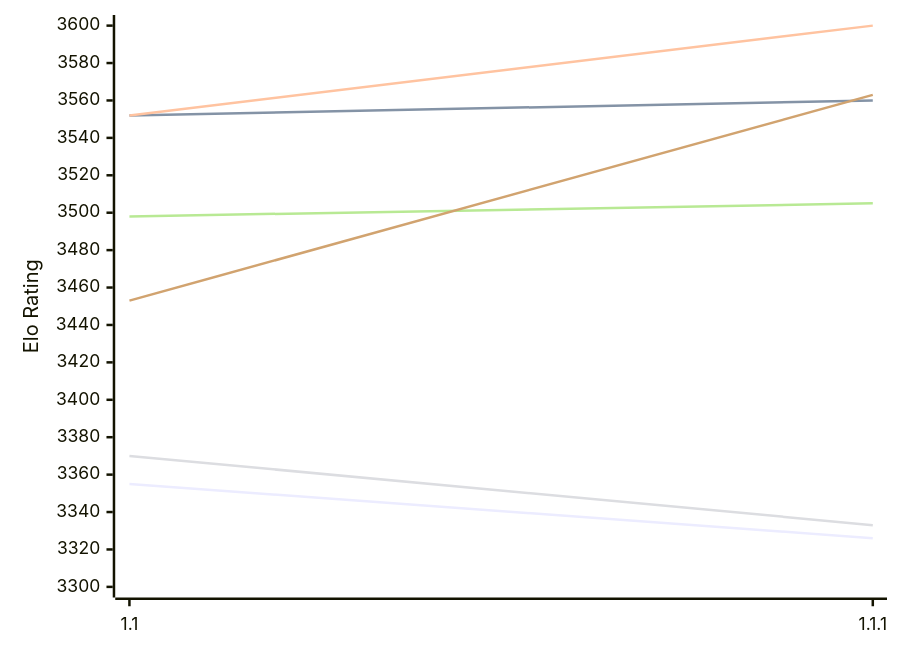
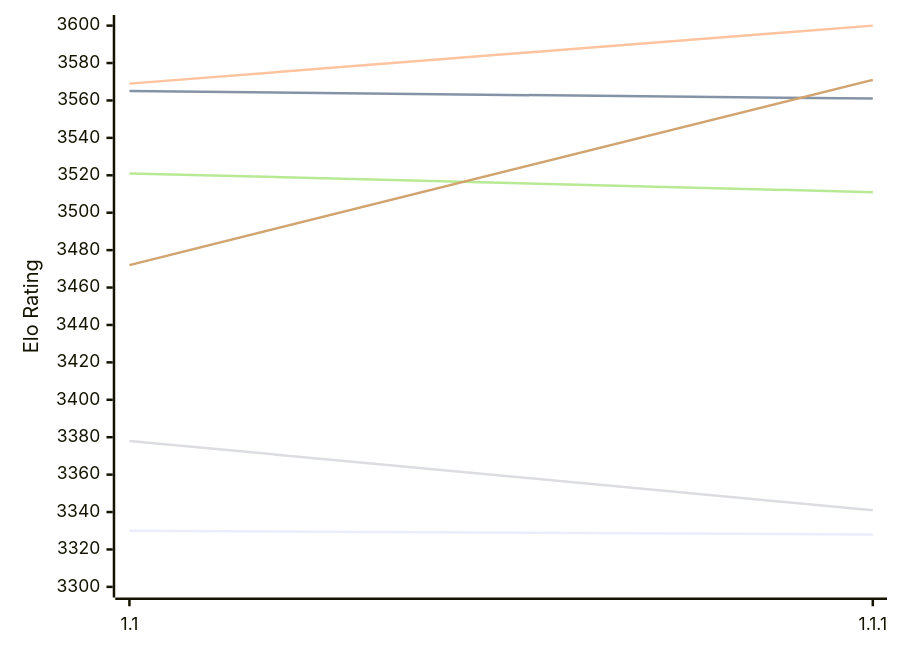
The first of 2 diagrams in engines/Icarus.md (computer-chess-index/cci), drawn with Mermaid before and after one commit. The commit also changed other lines of this file, not shown here.

Commit message:
Update CCI Ratings (ELO VLTC) - 2026-11-25

````diff
--- a/engines/Icarus.md
+++ b/engines/Icarus.md
@@ -51,12 +51,12 @@
 ```mermaid
 %%{init: {"theme":"base","themeVariables":{"seriesColors:['#a3a3a3','#222221','#faa371']}}}%%
 xychart-beta
   x-axis ["1.1", "1.1.1"]
   y-axis "Elo Rating" 3300 --> 3600
-  line "E1: STC (8.0+0.08s)" [3355, 3326]
-  line "E1: LTC (60.0+0.60s)" [3552, 3560]
-  line "E1: VLTC (2m24s+1.12s)" [3552, 3600]
-  line "P1: STC (8.0+0.08s)" [3370, 3333]
-  line "P1: LTC (60.0+0.60s)" [3498, 3505]
-  line "P1: VLTC (2m24s+1.12s)" [3453, 3563]
+  line "E1: STC (8.0+0.08s)" [3330, 3328]
+  line "E1: LTC (60.0+0.60s)" [3565, 3561]
+  line "E1: VLTC (2m24s+1.12s)" [3569, 3600]
+  line "P1: STC (8.0+0.08s)" [3378, 3341]
+  line "P1: LTC (60.0+0.60s)" [3521, 3511]
+  line "P1: VLTC (2m24s+1.12s)" [3472, 3571]
 ```
````
